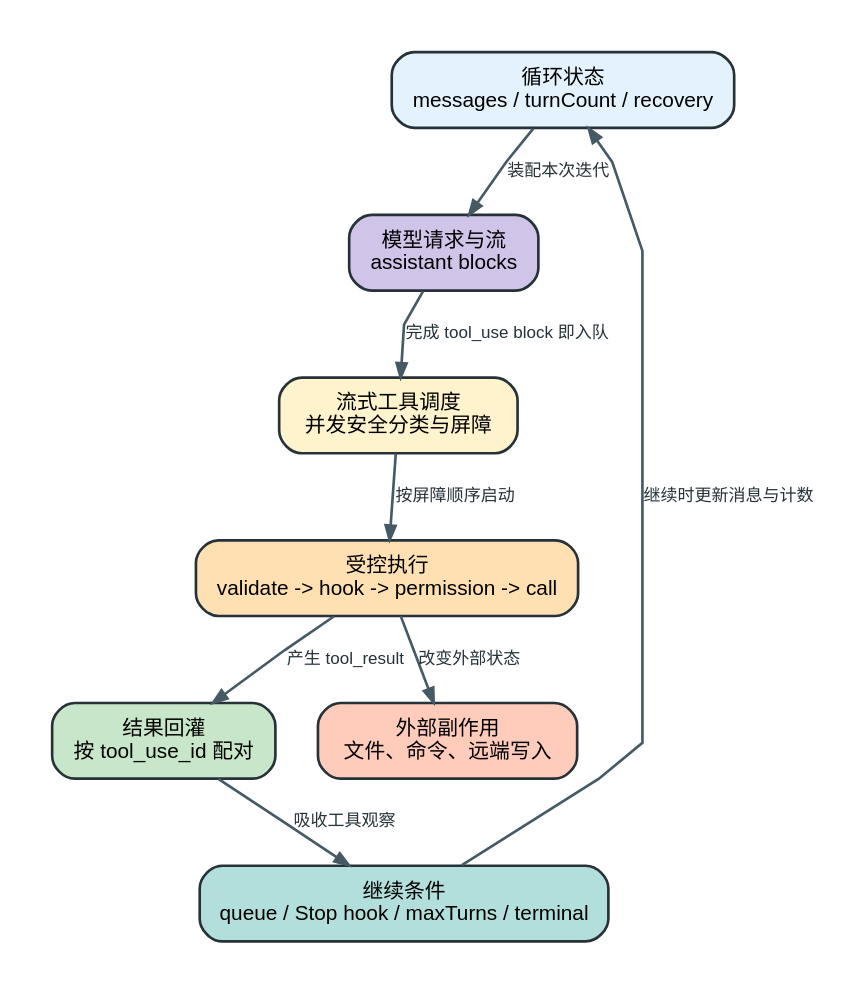
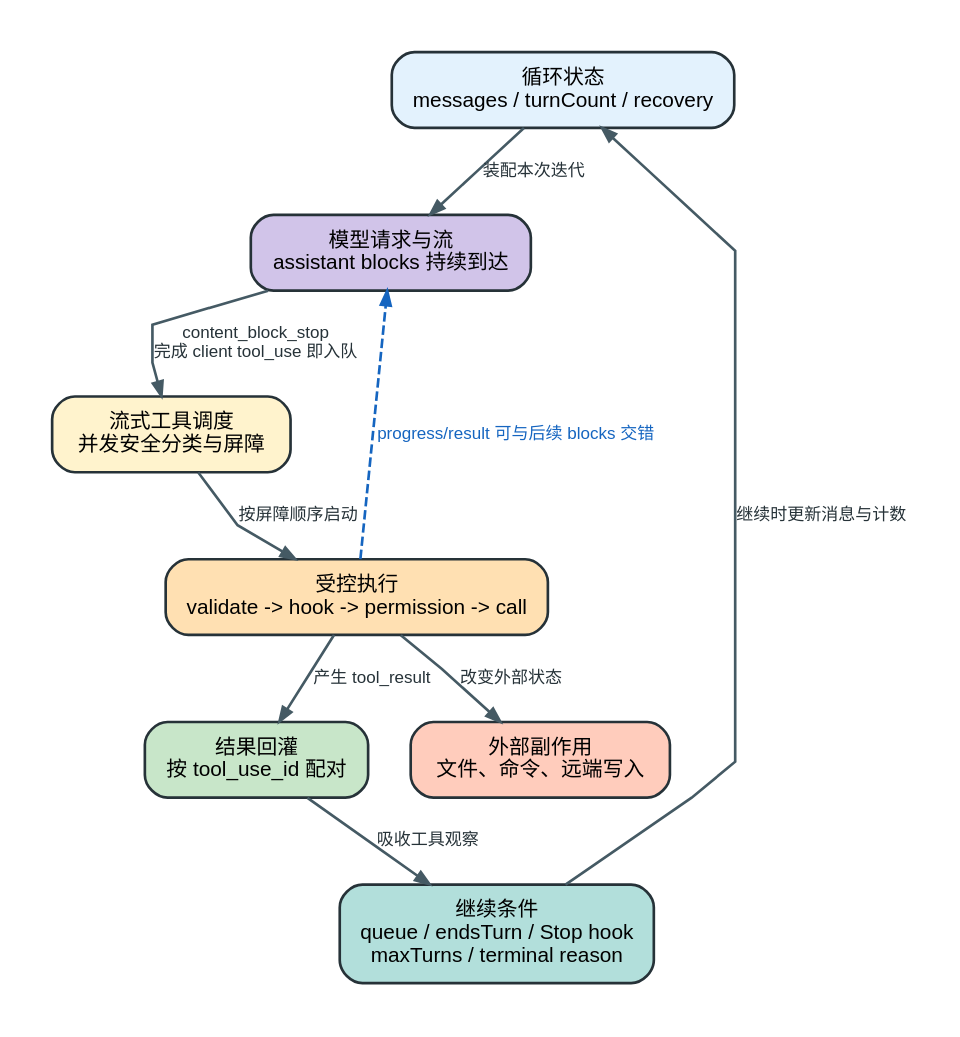
Before and after one commit to SwallOwDili/claudecodecli-sourcecode: the diagram in analysis/visuals/agent-loop-lifecycle.dot, drawn with Graphviz. The commit also changed 23 other files, not shown here.

```diff
--- a/analysis/visuals/agent-loop-lifecycle.dot
+++ b/analysis/visuals/agent-loop-lifecycle.dot
@@ -1,21 +1,22 @@
 digraph agent_loop_lifecycle {
   graph [rankdir=TB, bgcolor="#ffffff", pad="0.28", nodesep="0.30", ranksep="0.48", splines=polyline, fontname="Arial, PingFang SC, Microsoft YaHei"];
   node [shape=box, style="rounded,filled", color="#263238", penwidth=1.4, margin="0.16,0.11", fontname="Arial, PingFang SC, Microsoft YaHei", fontsize=11];
   edge [color="#455a64", penwidth=1.4, arrowsize=0.75, fontname="Arial, PingFang SC, Microsoft YaHei", fontsize=9, fontcolor="#263238"];
 
   state [label="循环状态\nmessages / turnCount / recovery", fillcolor="#e3f2fd"];
-  request [label="模型请求与流\nassistant blocks", fillcolor="#d1c4e9"];
+  request [label="模型请求与流\nassistant blocks 持续到达", fillcolor="#d1c4e9"];
   schedule [label="流式工具调度\n并发安全分类与屏障", fillcolor="#fff3cd"];
   execute [label="受控执行\nvalidate -> hook -> permission -> call", fillcolor="#ffe0b2"];
   feedback [label="结果回灌\n按 tool_use_id 配对", fillcolor="#c8e6c9"];
-  decide [label="继续条件\nqueue / Stop hook / maxTurns / terminal", fillcolor="#b2dfdb"];
+  decide [label="继续条件\nqueue / endsTurn / Stop hook\nmaxTurns / terminal reason", fillcolor="#b2dfdb"];
   external [label="外部副作用\n文件、命令、远端写入", fillcolor="#ffccbc"];
 
   state -> request [label="装配本次迭代"];
-  request -> schedule [label="完成 tool_use block 即入队"];
+  request -> schedule [label="content_block_stop\n完成 client tool_use 即入队"];
   schedule -> execute [label="按屏障顺序启动"];
+  execute -> request [label="progress/result 可与后续 blocks 交错", style=dashed, color="#1565c0", fontcolor="#1565c0"];
   execute -> external [label="改变外部状态"];
   execute -> feedback [label="产生 tool_result"];
   feedback -> decide [label="吸收工具观察"];
   decide -> state [label="继续时更新消息与计数"];
 }
```
